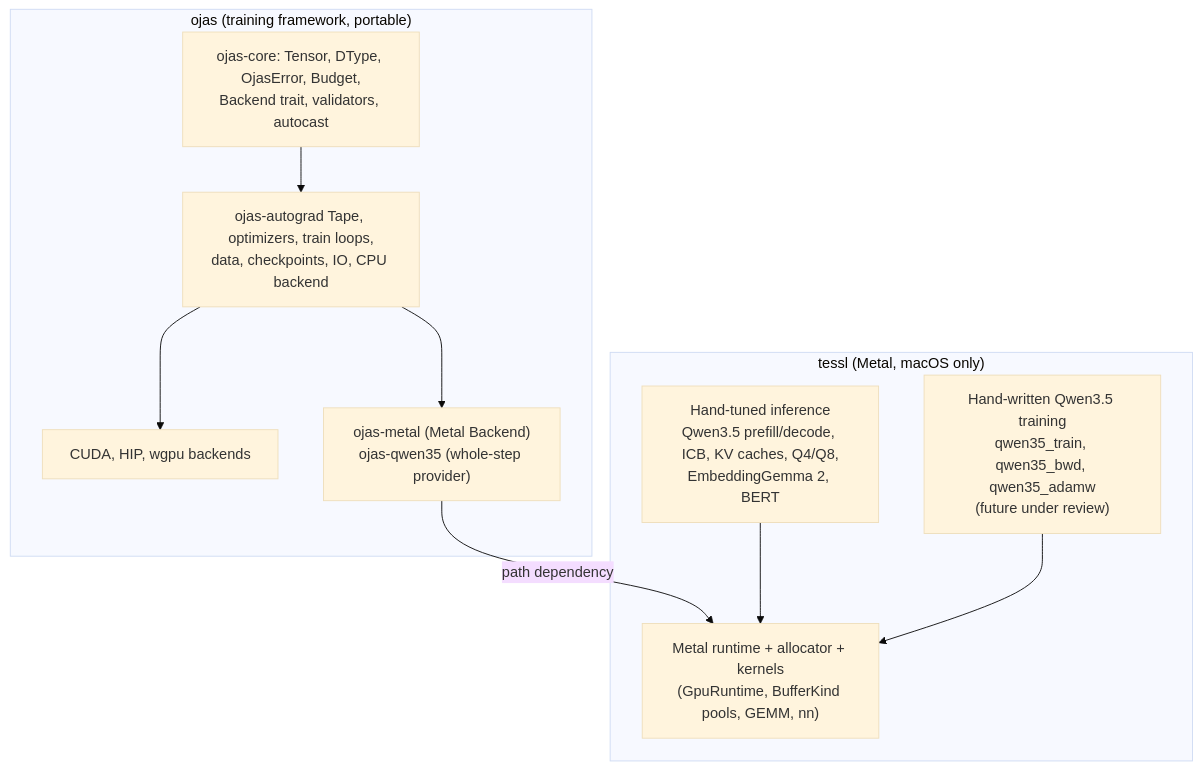
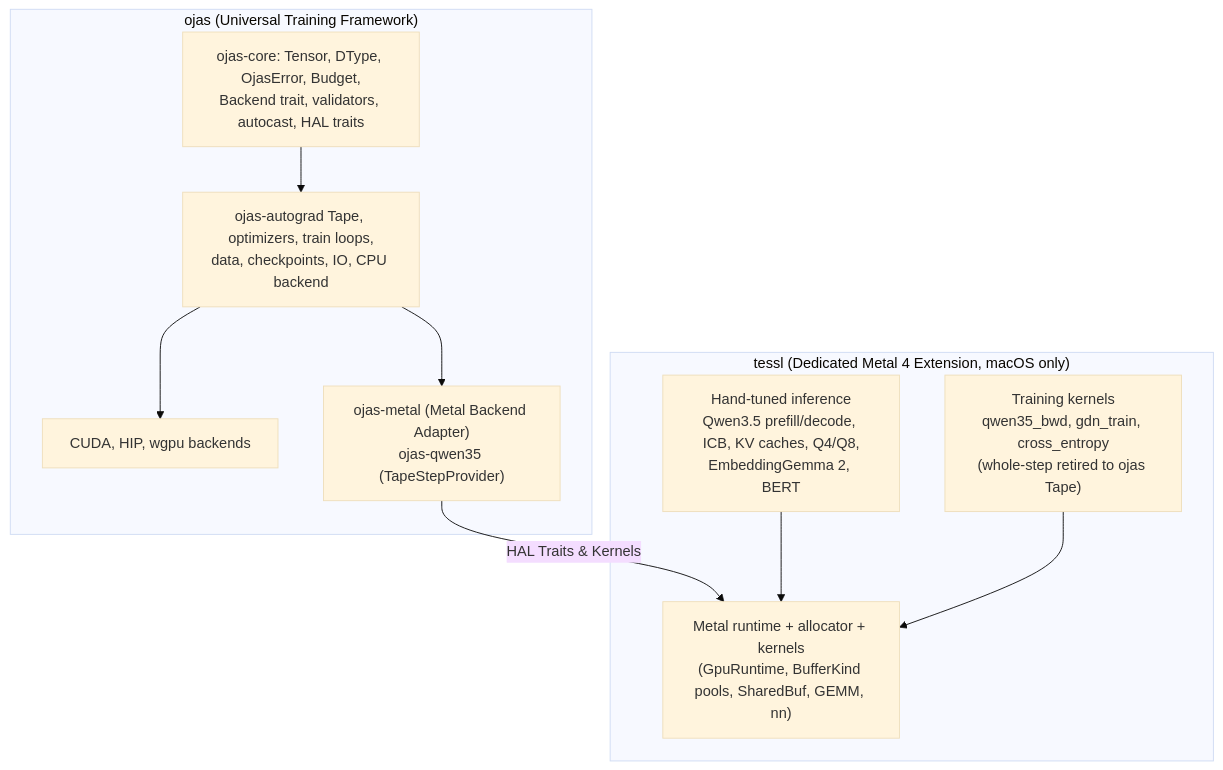
Before and after one commit to bharathvbcr/tessl: the first of 9 diagrams in docs/architecture.md, drawn with Mermaid (base theme). The commit also changed other lines of this file and 3 other files, not shown here.

First line of the commit message:
docs: frame as dedicated Apple Silicon / Metal 4 extension of ojas

````diff
--- a/docs/architecture.md
+++ b/docs/architecture.md
@@ -33,25 +25,25 @@
 ```mermaid
 flowchart TD
     accTitle: tessl's two roles
-    accDescr: ojas owns the training framework and the portable backends. tessl owns the Metal runtime, allocator and kernels and the hand-tuned inference paths. The ojas Metal backend and the ojas-qwen35 provider call down into tessl; tessl does not depend on ojas.
+    accDescr: ojas owns the training framework and the portable backends. tessl owns the Metal runtime, allocator and kernels and the hand-tuned inference paths. The ojas Metal backend and the ojas-qwen35 provider call down into tessl; tessl exports MappedBuffer and kernels.
 
-    subgraph OjasFw["ojas (training framework, portable)"]
-        Core["ojas-core: Tensor, DType, OjasError, Budget,<br/>Backend trait, validators, autocast"]
+    subgraph OjasFw["ojas (Universal Training Framework)"]
+        Core["ojas-core: Tensor, DType, OjasError, Budget,<br/>Backend trait, validators, autocast, HAL traits"]
         Tape["ojas-autograd Tape, optimizers, train loops,<br/>data, checkpoints, IO, CPU backend"]
         Other["CUDA, HIP, wgpu backends"]
-        MetalBe["ojas-metal (Metal Backend)<br/>ojas-qwen35 (whole-step provider)"]
+        MetalBe["ojas-metal (Metal Backend Adapter)<br/>ojas-qwen35 (TapeStepProvider)"]
     end
 
-    subgraph Tessl["tessl (Metal, macOS only)"]
-        Rt["Metal runtime + allocator + kernels<br/>(GpuRuntime, BufferKind pools, GEMM, nn)"]
+    subgraph Tessl["tessl (Dedicated Metal 4 Extension, macOS only)"]
+        Rt["Metal runtime + allocator + kernels<br/>(GpuRuntime, BufferKind pools, SharedBuf, GEMM, nn)"]
         Inf["Hand-tuned inference<br/>Qwen3.5 prefill/decode, ICB, KV caches, Q4/Q8,<br/>EmbeddingGemma 2, BERT"]
-        Tr["Hand-written Qwen3.5 training<br/>qwen35_train, qwen35_bwd, qwen35_adamw<br/>(future under review)"]
+        TrKern["Training kernels<br/>qwen35_bwd, gdn_train, cross_entropy<br/>(whole-step retired to ojas Tape)"]
     end
 
     Core --> Tape
     Tape --> Other
     Tape --> MetalBe
-    MetalBe -->|"path dependency"| Rt
+    MetalBe -->|"HAL Traits & Kernels"| Rt
     Inf --> Rt
-    Tr --> Rt
+    TrKern --> Rt
 ```
````
